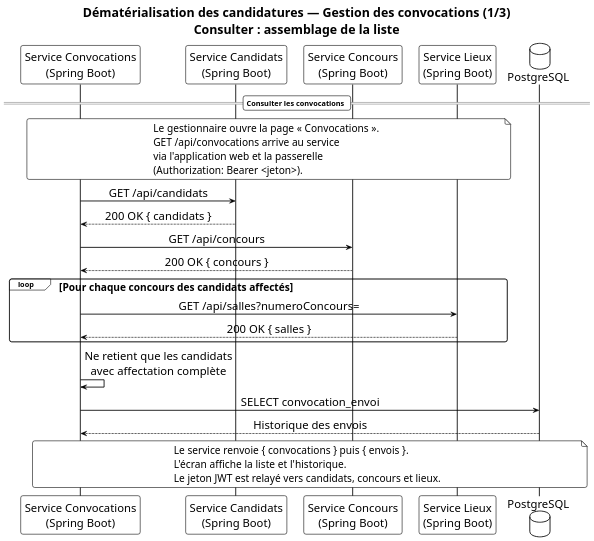
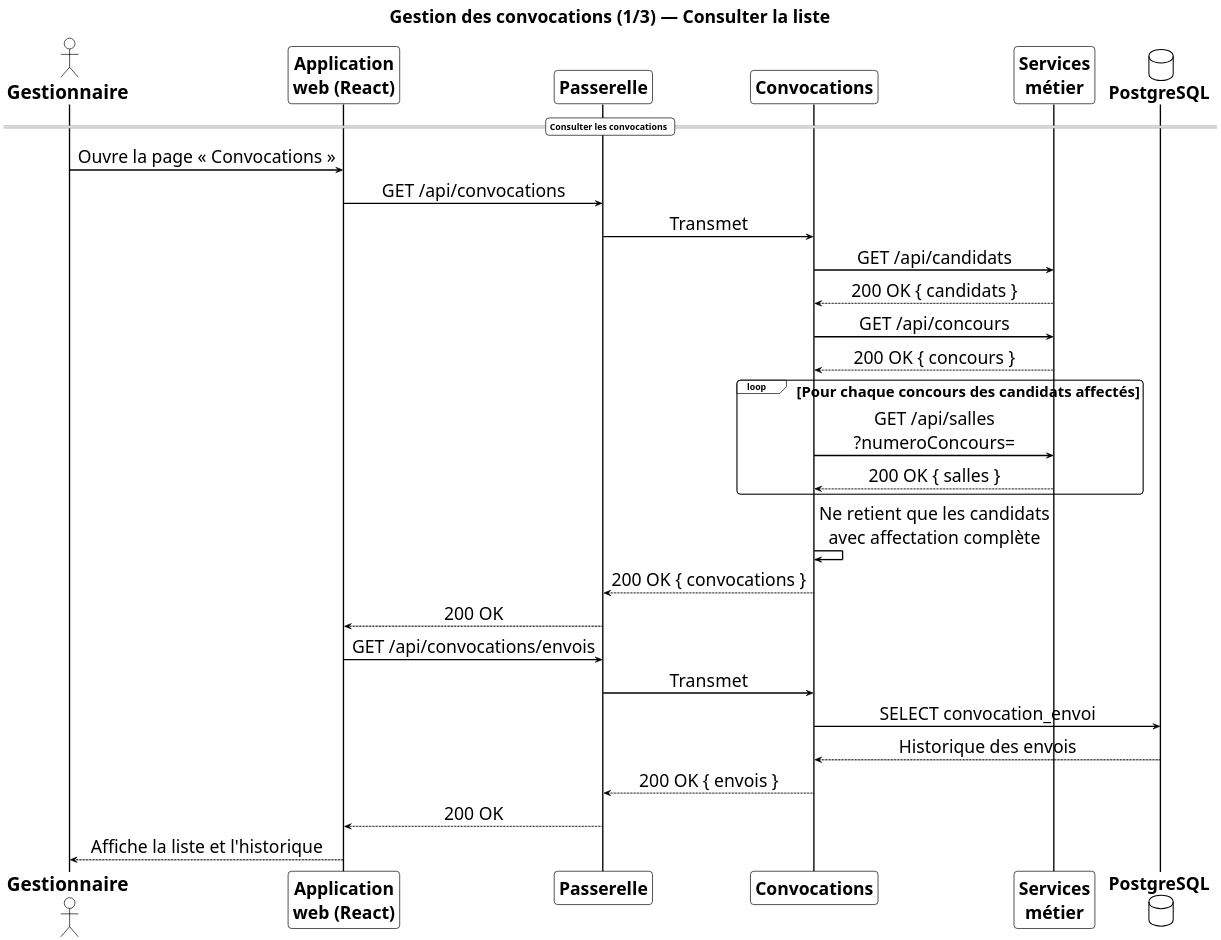
One commit to mouadofficiel2003/PFE2 changed the diagram in diagramme-sequence-gestion-convocations-p1.puml. Above: the diagram before and after it, drawn with PlantUML. The commit also changed 45 other files, not shown here.

Commit message:
Mise a jour du rapport PFE, des diagrammes UML/Gantt et de la soutenance.

```diff
--- a/diagramme-sequence-gestion-convocations-p1.puml
+++ b/diagramme-sequence-gestion-convocations-p1.puml
@@ -1,80 +1,84 @@
-@startuml diagramme-sequence-gestion-convocations-1
+@startuml diagramme-sequence-gestion-convocations-p1
 !theme plain
 skinparam shadowing false
-skinparam roundcorner 8
-skinparam dpi 150
+skinparam roundcorner 10
+skinparam dpi 180
 skinparam sequenceMessageAlign center
-skinparam responseMessageBelowArrow true
+skinparam responseMessageBelowArrow false
 
 <style>
 title {
-  FontSize 26
+  FontSize 32
   FontStyle bold
+  Margin 8
 }
 document {
-  FontSize 22
+  FontSize 26
 }
 sequenceDiagram {
   actor {
+    FontSize 28
+    FontStyle bold
+    Padding 8
+  }
+  participant {
+    FontSize 26
+    FontStyle bold
+    Padding 8
+  }
+  database {
+    FontSize 26
+    FontStyle bold
+    Padding 8
+  }
+  arrow {
+    FontSize 26
+    LineThickness 2
+  }
+  divider {
+    FontSize 24
+    FontStyle bold
+  }
+  group {
     FontSize 22
   }
-  participant {
-    FontSize 20
-  }
-  database {
-    FontSize 20
-  }
-  arrow {
-    FontSize 20
-    LineThickness 1.5
-  }
-  divider {
-    FontSize 20
-  }
-  group {
-    FontSize 18
-  }
-  note {
-    FontSize 18
-  }
   lifeLine {
-    LineThickness 1.5
+    LineThickness 2
   }
 }
 </style>
 
-title Dématérialisation des candidatures — Gestion des convocations (1/3)\nConsulter : assemblage de la liste
+title Gestion des convocations (1/3) — Consulter la liste
 
-participant "Service Convocations\n(Spring Boot)" as Conv
-participant "Service Candidats\n(Spring Boot)" as Cand
-participant "Service Concours\n(Spring Boot)" as Conc
-participant "Service Lieux\n(Spring Boot)" as Lieux
+actor "Gestionnaire" as Gest
+participant "Application\nweb (React)" as React
+participant "Passerelle" as GW
+participant "Convocations" as Conv
+participant "Services\nmétier" as Metier
 database "PostgreSQL" as DB
 
 == Consulter les convocations ==
-note over Conv, Lieux
-  Le gestionnaire ouvre la page « Convocations ».
-  GET /api/convocations arrive au service
-  via l'application web et la passerelle
-  (Authorization: Bearer <jeton>).
-end note
 
-Conv -> Cand : GET /api/candidats
-Cand --> Conv : 200 OK { candidats }
-Conv -> Conc : GET /api/concours
-Conc --> Conv : 200 OK { concours }
+Gest -> React : Ouvre la page « Convocations »
+React -> GW : GET /api/convocations
+GW -> Conv : Transmet
+Conv -> Metier : GET /api/candidats
+Metier --> Conv : 200 OK { candidats }
+Conv -> Metier : GET /api/concours
+Metier --> Conv : 200 OK { concours }
 loop Pour chaque concours des candidats affectés
-  Conv -> Lieux : GET /api/salles?numeroConcours=
-  Lieux --> Conv : 200 OK { salles }
+  Conv -> Metier : GET /api/salles\n?numeroConcours=
+  Metier --> Conv : 200 OK { salles }
 end
 Conv -> Conv : Ne retient que les candidats\navec affectation complète
+Conv --> GW : 200 OK { convocations }
+GW --> React : 200 OK
+React -> GW : GET /api/convocations/envois
+GW -> Conv : Transmet
 Conv -> DB : SELECT convocation_envoi
 DB --> Conv : Historique des envois
-
-note over Conv, DB
-  Le service renvoie { convocations } puis { envois }.
-  L'écran affiche la liste et l'historique.
-  Le jeton JWT est relayé vers candidats, concours et lieux.
-end note
+Conv --> GW : 200 OK { envois }
+GW --> React : 200 OK
+React --> Gest : Affiche la liste et l'historique
 
 @enduml
```
